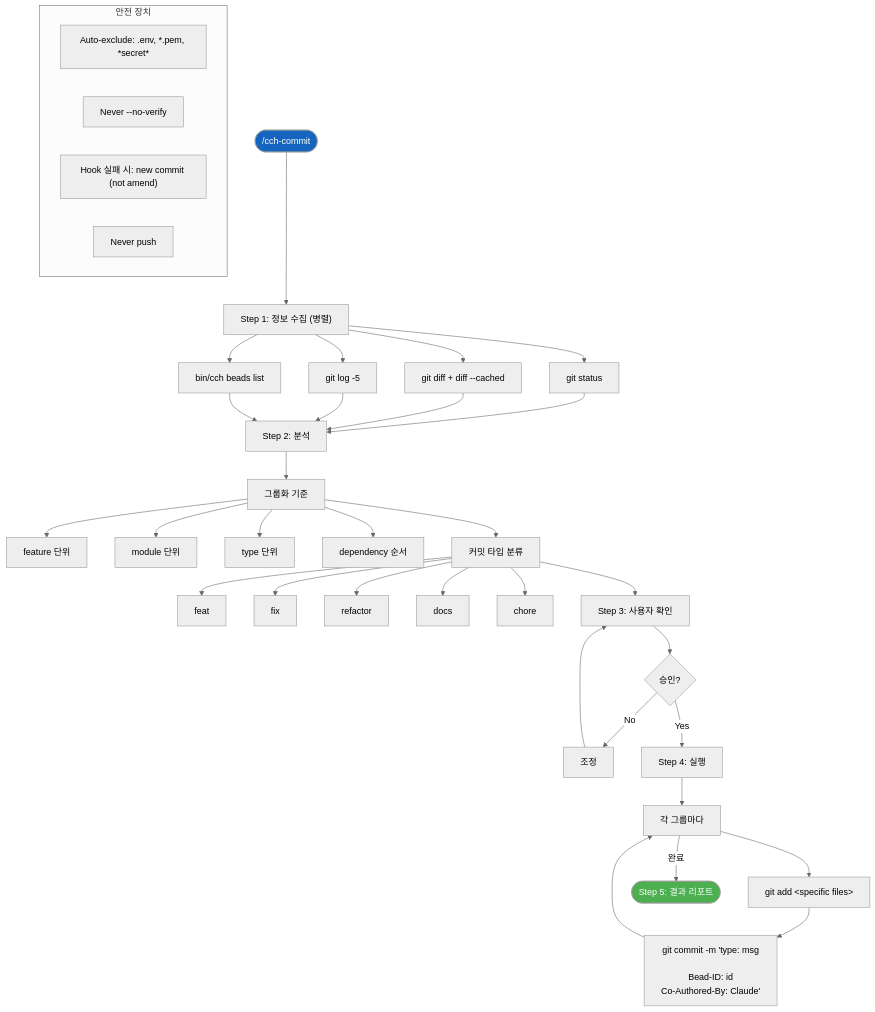
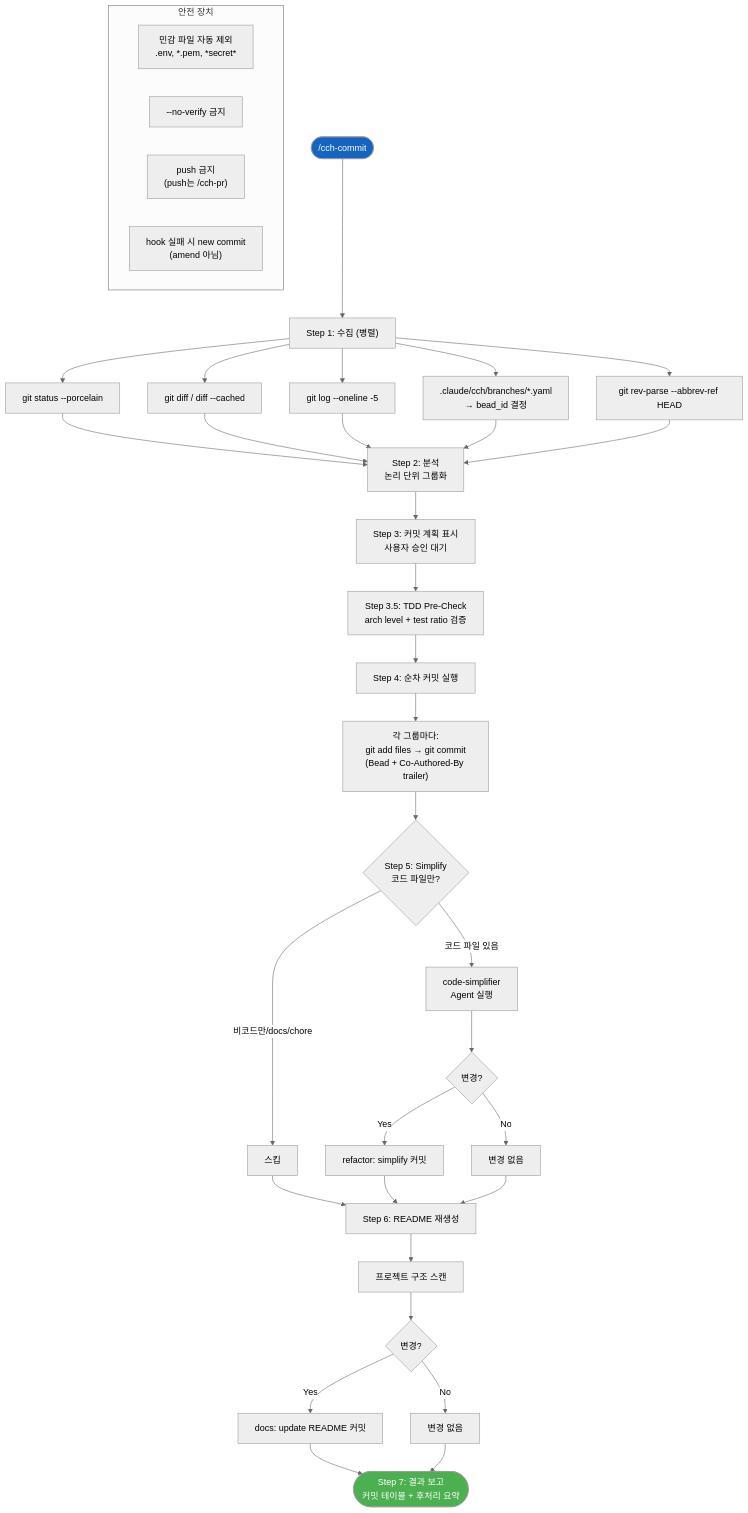
The ninth of 18 diagrams in docs/diagrams/cch-workflows.md (skdkfk8758/claude-code-harness), drawn with Mermaid (neutral theme) before and after one commit. The commit also changed other lines of this file and 10 other files, not shown here.

Commit message:
docs: add plan documents and diagrams from current session

````diff
--- a/docs/diagrams/cch-workflows.md
+++ b/docs/diagrams/cch-workflows.md
@@ -335,46 +431,42 @@
 ```mermaid
 flowchart TD
-    START(["/cch-commit"]) --> COLLECT["Step 1: 정보 수집 (병렬)"]
+    START(["/cch-commit"]) --> COLLECT["Step 1: 수집 (병렬)"]
+    COLLECT --> C1["git status --porcelain"]
+    COLLECT --> C2["git diff / diff --cached"]
+    COLLECT --> C3["git log --oneline -5"]
+    COLLECT --> C4[".claude/cch/branches/*.yaml<br/>→ bead_id 결정"]
+    COLLECT --> C5["git rev-parse --abbrev-ref HEAD"]
 
-    COLLECT --> GS["git status"]
-    COLLECT --> GD["git diff + diff --cached"]
-    COLLECT --> GL["git log -5"]
-    COLLECT --> BD["bin/cch beads list"]
+    C1 & C2 & C3 & C4 & C5 --> ANALYZE["Step 2: 분석<br/>논리 단위 그룹화"]
 
-    GS & GD & GL & BD --> ANALYZE["Step 2: 분석"]
-    ANALYZE --> GROUP["그룹화 기준"]
-    GROUP --> G1["feature 단위"]
-    GROUP --> G2["module 단위"]
-    GROUP --> G3["type 단위"]
-    GROUP --> G4["dependency 순서"]
+    ANALYZE --> CONFIRM["Step 3: 커밋 계획 표시<br/>사용자 승인 대기"]
+    CONFIRM --> TDD["Step 3.5: TDD Pre-Check<br/>arch level + test ratio 검증"]
 
-    GROUP --> TYPES["커밋 타입 분류"]
-    TYPES --> T_FEAT["feat"]
-    TYPES --> T_FIX["fix"]
-    TYPES --> T_REF["refactor"]
-    TYPES --> T_DOC["docs"]
-    TYPES --> T_CHR["chore"]
+    TDD --> EXECUTE["Step 4: 순차 커밋 실행"]
+    EXECUTE --> LOOP["각 그룹마다:<br/>git add files → git commit<br/>(Bead + Co-Authored-By trailer)"]
 
-    TYPES --> CONFIRM["Step 3: 사용자 확인"]
-    CONFIRM --> APPROVE{"승인?"}
-    APPROVE -->|No| ADJUST["조정"]
-    ADJUST --> CONFIRM
-    APPROVE -->|Yes| EXECUTE["Step 4: 실행"]
+    LOOP --> SIMPLIFY{"Step 5: Simplify<br/>코드 파일만?"}
+    SIMPLIFY -->|"비코드만/docs/chore"| SKIP_S["스킵"]
+    SIMPLIFY -->|"코드 파일 있음"| RUN_S["code-simplifier<br/>Agent 실행"]
+    RUN_S --> S_RESULT{"변경?"}
+    S_RESULT -->|Yes| S_COMMIT["refactor: simplify 커밋"]
+    S_RESULT -->|No| S_NONE["변경 없음"]
 
-    EXECUTE --> FOR_GROUP["각 그룹마다"]
-    FOR_GROUP --> ADD["git add &lt;specific files&gt;"]
-    ADD --> COMMIT["git commit -m 'type: msg<br/><br/>Bead-ID: id<br/>Co-Authored-By: Claude'"]
-    COMMIT --> FOR_GROUP
+    SKIP_S & S_COMMIT & S_NONE --> README["Step 6: README 재생성"]
+    README --> R_SCAN["프로젝트 구조 스캔"]
+    R_SCAN --> R_RESULT{"변경?"}
+    R_RESULT -->|Yes| R_COMMIT["docs: update README 커밋"]
+    R_RESULT -->|No| R_NONE["변경 없음"]
 
-    FOR_GROUP -->|완료| REPORT(["Step 5: 결과 리포트"])
+    R_COMMIT & R_NONE --> REPORT(["Step 7: 결과 보고<br/>커밋 테이블 + 후처리 요약"])
 
     subgraph Safety["안전 장치"]
-        S1["Auto-exclude: .env, *.pem, *secret*"]
-        S2["Never --no-verify"]
-        S3["Hook 실패 시: new commit (not amend)"]
-        S4["Never push"]
+        S_EXCL["민감 파일 자동 제외<br/>.env, *.pem, *secret*"]
+        S_NOVER["--no-verify 금지"]
+        S_NOPUSH["push 금지<br/>(push는 /cch-pr)"]
+        S_NEWCOMMIT["hook 실패 시 new commit<br/>(amend 아님)"]
     end
 
     style START fill:#1565C0,color:white
     style REPORT fill:#4CAF50,color:white
 ```
````
